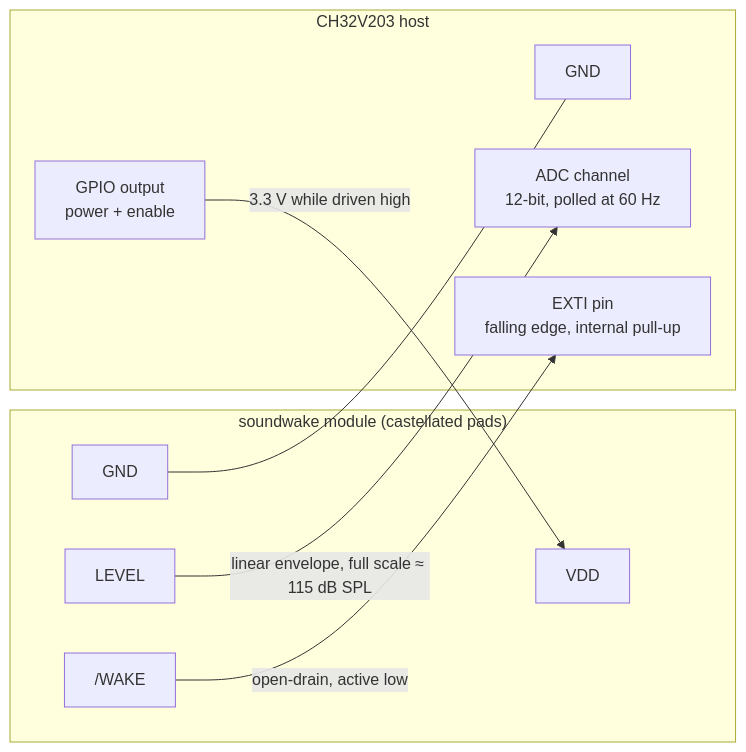
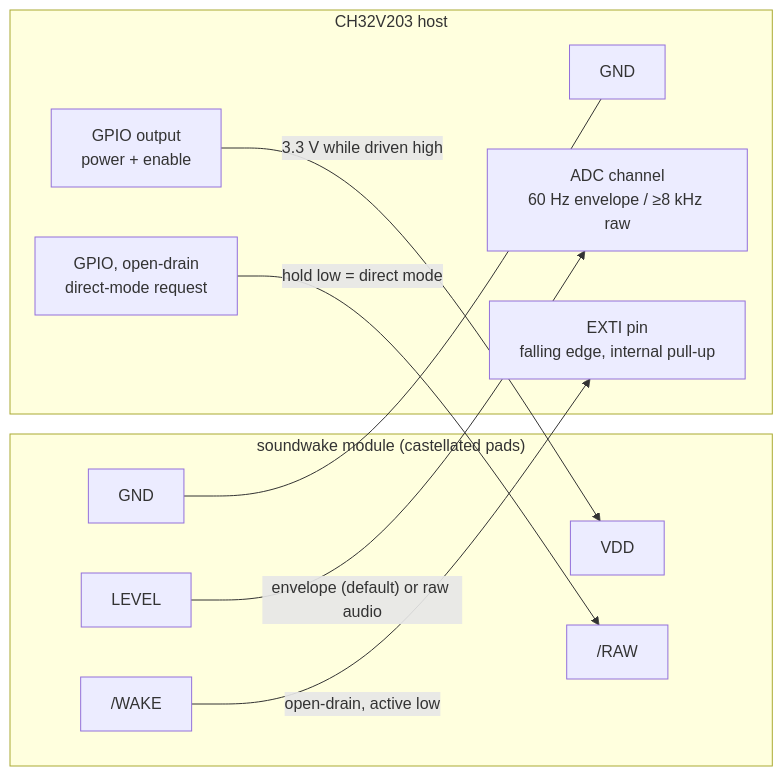
Before and after one commit to zackees/soundwake: the first of 6 diagrams in README.md, drawn with Mermaid. The commit also changed other lines of this file, not shown here.

Commit message:
docs: add /RAW direct mode sharing the LEVEL pad via analog mux (#10)

````diff
--- a/README.md
+++ b/README.md
@@ -46,19 +52,22 @@
 ```mermaid
 flowchart LR
     subgraph MOD["soundwake module (castellated pads)"]
         VDD["VDD"]
         GND["GND"]
         LEVEL["LEVEL"]
         WAKE["/WAKE"]
+        RAW["/RAW"]
     end
     subgraph MCU["CH32V203 host"]
         PWR["GPIO output<br/>power + enable"]
         MGND["GND"]
-        ADC["ADC channel<br/>12-bit, polled at 60 Hz"]
+        ADC["ADC channel<br/>60 Hz envelope / ≥8 kHz raw"]
         EXTI["EXTI pin<br/>falling edge, internal pull-up"]
+        RREQ["GPIO, open-drain<br/>direct-mode request"]
     end
     PWR -->|"3.3 V while driven high"| VDD
     GND --- MGND
-    LEVEL -->|"linear envelope, full scale ≈ 115 dB SPL"| ADC
+    LEVEL -->|"envelope (default) or raw audio"| ADC
     WAKE -->|"open-drain, active low"| EXTI
+    RREQ -->|"hold low = direct mode"| RAW
 ```
````
